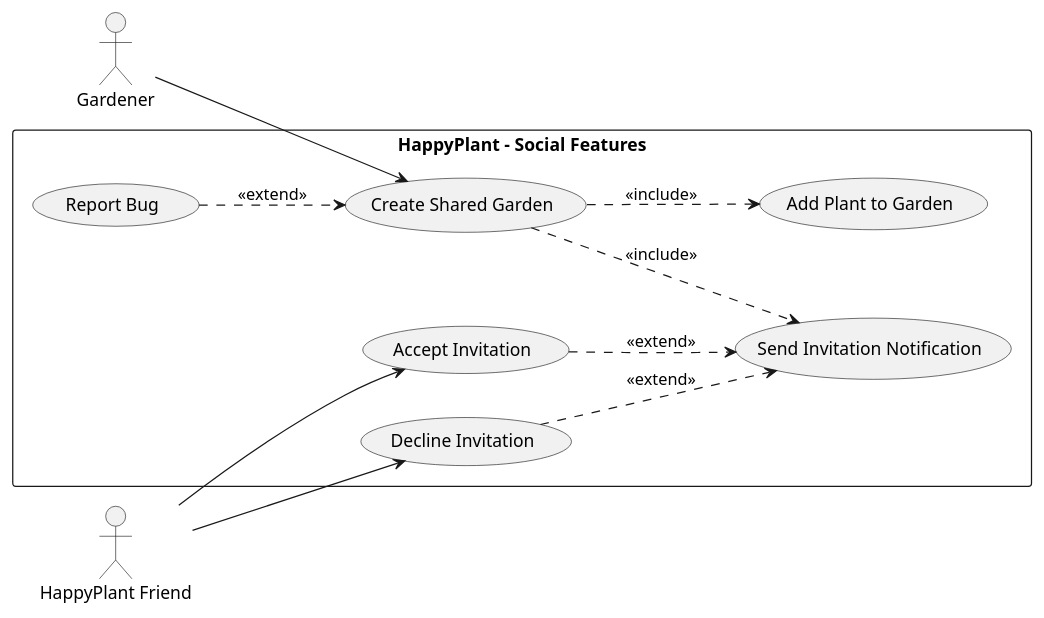
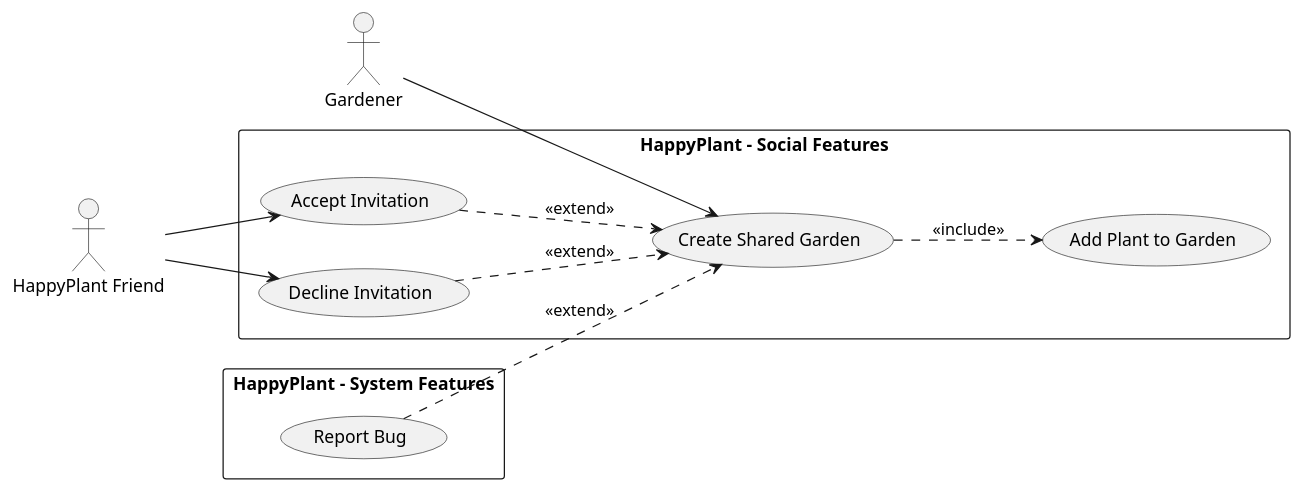
The diagram in docs/uml/use-case-005-uml.plantuml (jakub-mata/uvod-do-soft-eng), drawn with PlantUML before and after one commit. The commit also changed 7 other files, not shown here.

Commit message:
Simplify use case diagrams

```diff
--- a/docs/uml/use-case-005-uml.plantuml
+++ b/docs/uml/use-case-005-uml.plantuml
@@ -1,35 +1,36 @@
 @startuml
 left to right direction
 skinparam packageStyle rectangle
 
 actor "Gardener" as AC_G
 actor "HappyPlant Friend" as AC_F
 
 rectangle "HappyPlant - Social Features" {
     usecase "Create Shared Garden" as UC_CSG
     usecase "Add Plant to Garden" as UC_APG
-    usecase "Send Invitation Notification" as UC_SIN
     usecase "Accept Invitation" as UC_AI
     usecase "Decline Invitation" as UC_DI
+}
+
+rectangle "HappyPlant - System Features" {
     usecase "Report Bug" as UC_RB
 }
 
 ' The Gardener starts the process
 AC_G --> UC_CSG
 
 ' Creation includes adding plants and sending invites
 UC_CSG ..> UC_APG : <<include>>
-UC_CSG ..> UC_SIN : <<include>>
 
 ' Error handling
 UC_RB ..> UC_CSG : <<extend>>
 
 ' The Friend interacts with the invitations
 AC_F --> UC_AI
 AC_F --> UC_DI
 
 ' Accepting/Declining the invitation process 
-UC_AI ..> UC_SIN : <<extend>>
-UC_DI ..> UC_SIN : <<extend>>
+UC_AI ..> UC_CSG : <<extend>>
+UC_DI ..> UC_CSG : <<extend>>
 
 @enduml
```
